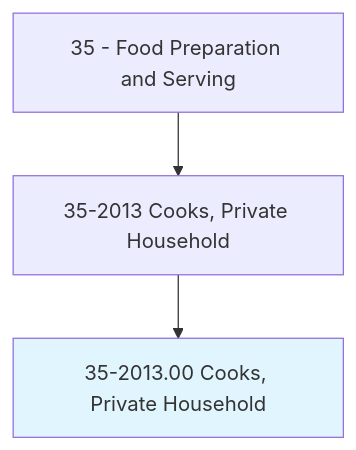
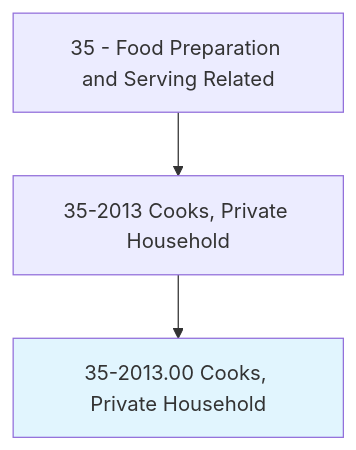
Before and after one commit to kziemski/business.org.ai: the first of 4 diagrams in occupations/FoodService/CooksPrivateHousehold.mdx, drawn with Mermaid. The commit also changed other lines of this file and 938 other files, not shown here.

````diff
--- a/occupations/FoodService/CooksPrivateHousehold.mdx
+++ b/occupations/FoodService/CooksPrivateHousehold.mdx
@@ -19,6 +23,6 @@
 ```mermaid
 graph TD
-    Cat35["35 - Food Preparation and Serving"] --> Group352013["35-2013 Cooks, Private Household"]
+    Cat35["35 - Food Preparation and Serving Related"] --> Group352013["35-2013 Cooks, Private Household"]
     Group352013 --> Current["35-2013.00 Cooks, Private Household"]
     style Current fill:#e1f5fe
 ```
````
